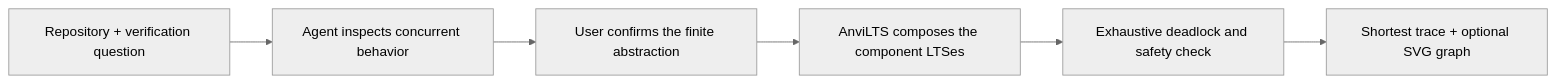
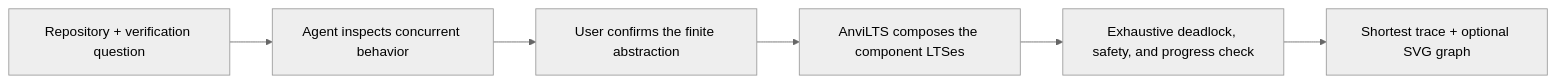
Before and after one commit to AkhileshNS/anvilts: the diagram in README.md, drawn with Mermaid (neutral theme). The commit also changed other lines of this file and 16 other files, not shown here.

````diff
--- a/README.md
+++ b/README.md
@@ -7,8 +7,8 @@
 ```mermaid
 flowchart LR
     A["Repository + verification question"] --> B["Agent inspects concurrent behavior"]
     B --> C["User confirms the finite abstraction"]
     C --> D["AnviLTS composes the component LTSes"]
-    D --> E["Exhaustive deadlock and safety check"]
+    D --> E["Exhaustive deadlock, safety, and progress check"]
     E --> F["Shortest trace + optional SVG graph"]
 ```
````
